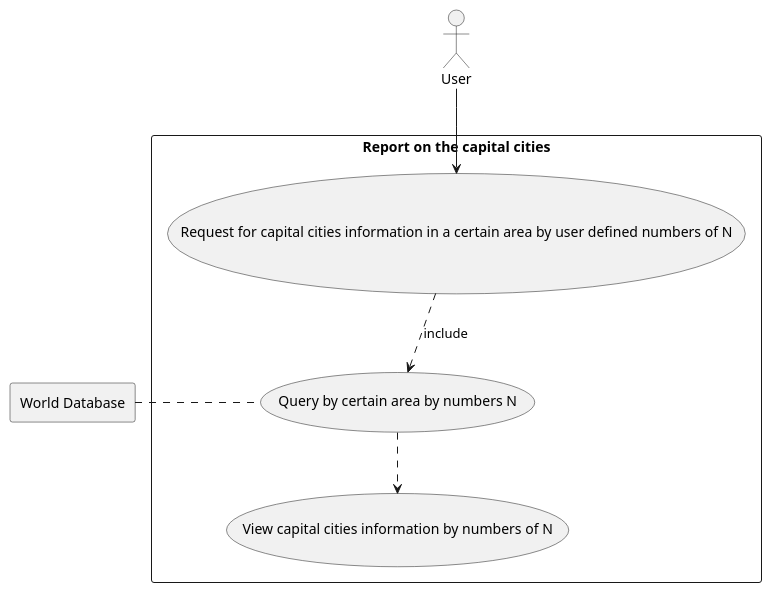
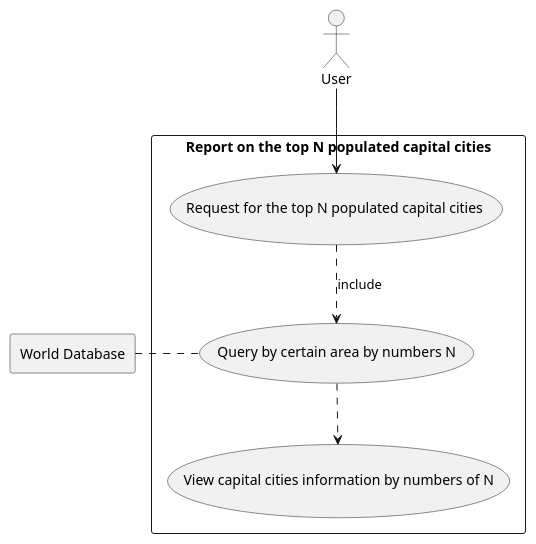
One commit to bobooo40/sam changed the diagram in use-case/use-case-6.puml. Above: the diagram before and after it, drawn with PlantUML. The commit also changed 6 other files, not shown here.

Commit message:
Fix UML Diagram

```diff
--- a/use-case/use-case-6.puml
+++ b/use-case/use-case-6.puml
@@ -2,24 +2,24 @@
 @startuml
 'Delecare skinparam
 skinparam packageStyle rectangle
 'Declare actor as user
 actor User
 'Declare database as D for world sql
 rectangle "World Database" as D
 
-rectangle "Report on the capital cities" {
+rectangle "Report on the top N populated capital cities" {
 'Delcare usecase information
-usecase UC1 as "Request for capital cities information in a certain area by user defined numbers of N"
+usecase UC1 as "Request for the top N populated capital cities "
 usecase UC2 as "Query by certain area by numbers N"
 usecase UC3 as "View capital cities information by numbers of N"
 
 'Start usecase diagram
 User --> UC1
 '(start) -down-> UC1
 UC1 .down.> UC2:include
 UC2 .left. D
 UC2 .down.> UC3
 }
 
 'End usecase diagram
-@endum
+@enduml
```
